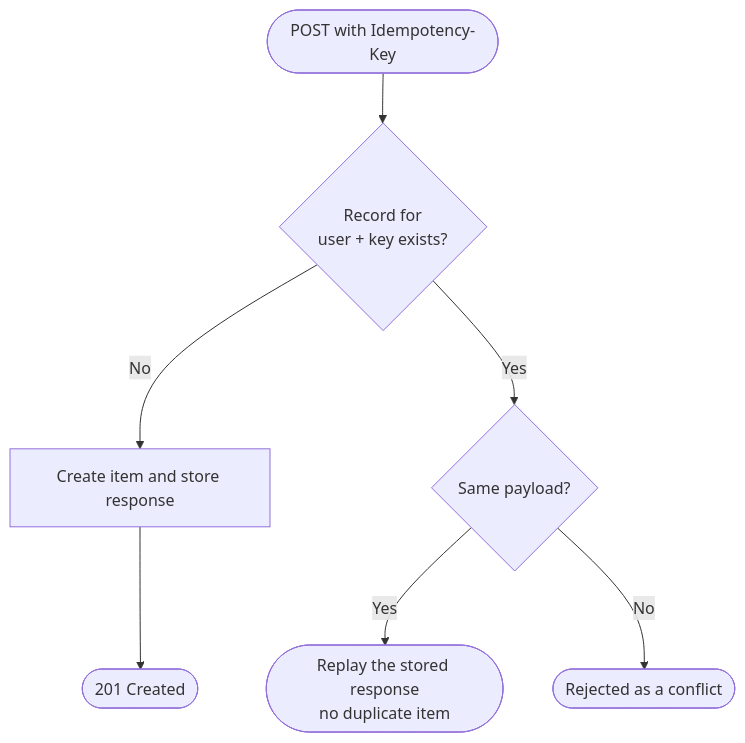
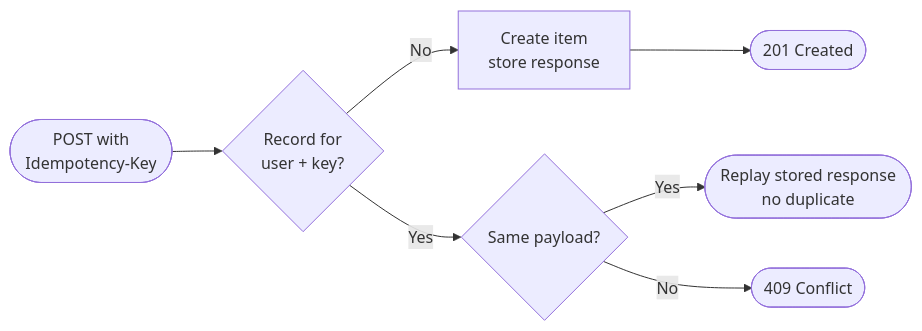
Before and after one commit to Navneet6050/Newtonie: the ninth of 11 diagrams in README.md, drawn with Mermaid. The commit also changed other lines of this file and 2 other files, not shown here.

Commit message:
docs: refine project and architecture documentation

````diff
--- a/README.md
+++ b/README.md
@@ -322,9 +367,8 @@
 ```mermaid
-flowchart TD
-    Q(["POST with Idempotency-Key"]) --> L{"Record for<br/>user + key exists?"}
-    L -- No --> X["Create item and store response"]
-    X --> C(["201 Created"])
-    L -- Yes --> S{"Same payload?"}
-    S -- Yes --> P(["Replay the stored response<br/>no duplicate item"])
-    S -- No --> F(["Rejected as a conflict"])
+flowchart LR
+    Q(["POST with<br/>Idempotency-Key"]) --> L{"Record for<br/>user + key?"}
+    L -- "No" --> X["Create item<br/>store response"] --> C(["201 Created"])
+    L -- "Yes" --> S{"Same payload?"}
+    S -- "Yes" --> P(["Replay stored response<br/>no duplicate"])
+    S -- "No" --> F(["409 Conflict"])
 ```
````
